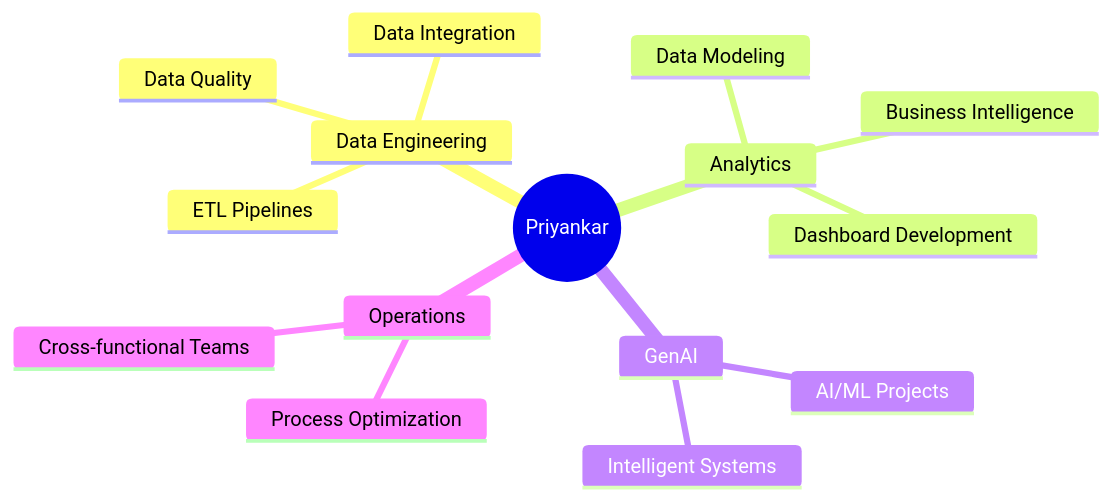
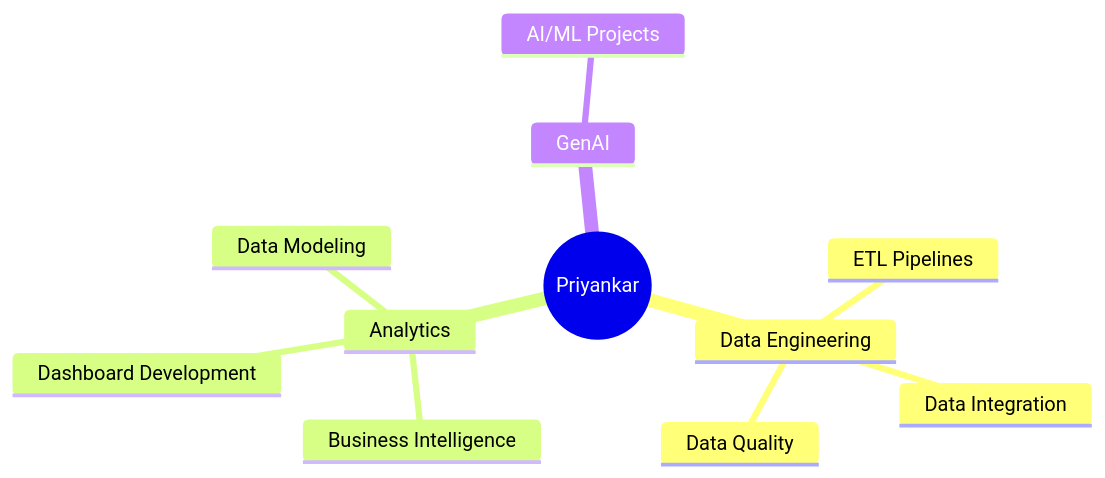
The diagram in README.md (patnaikfarm/patnaikfarm), drawn with Mermaid before and after one commit.

````diff
--- a/README.md
+++ b/README.md
@@ -21,19 +21,15 @@
 ```mermaid
 %%{init: {'theme':'default', 'themeVariables': { 'primaryColor':'#E3F2FD','primaryTextColor':'#000','primaryBorderColor':'#1976D2','lineColor':'#1976D2','secondaryColor':'#FFF3E0','tertiaryColor':'#F3E5F5'}}}%%
 mindmap
   root((Priyankar))
     Data Engineering
       ETL Pipelines
       Data Integration
       Data Quality
     Analytics
       Business Intelligence
       Dashboard Development
       Data Modeling
     GenAI
       AI/ML Projects
-      Intelligent Systems
-    Operations
-      Process Optimization
-      Cross-functional Teams
 ```
````
